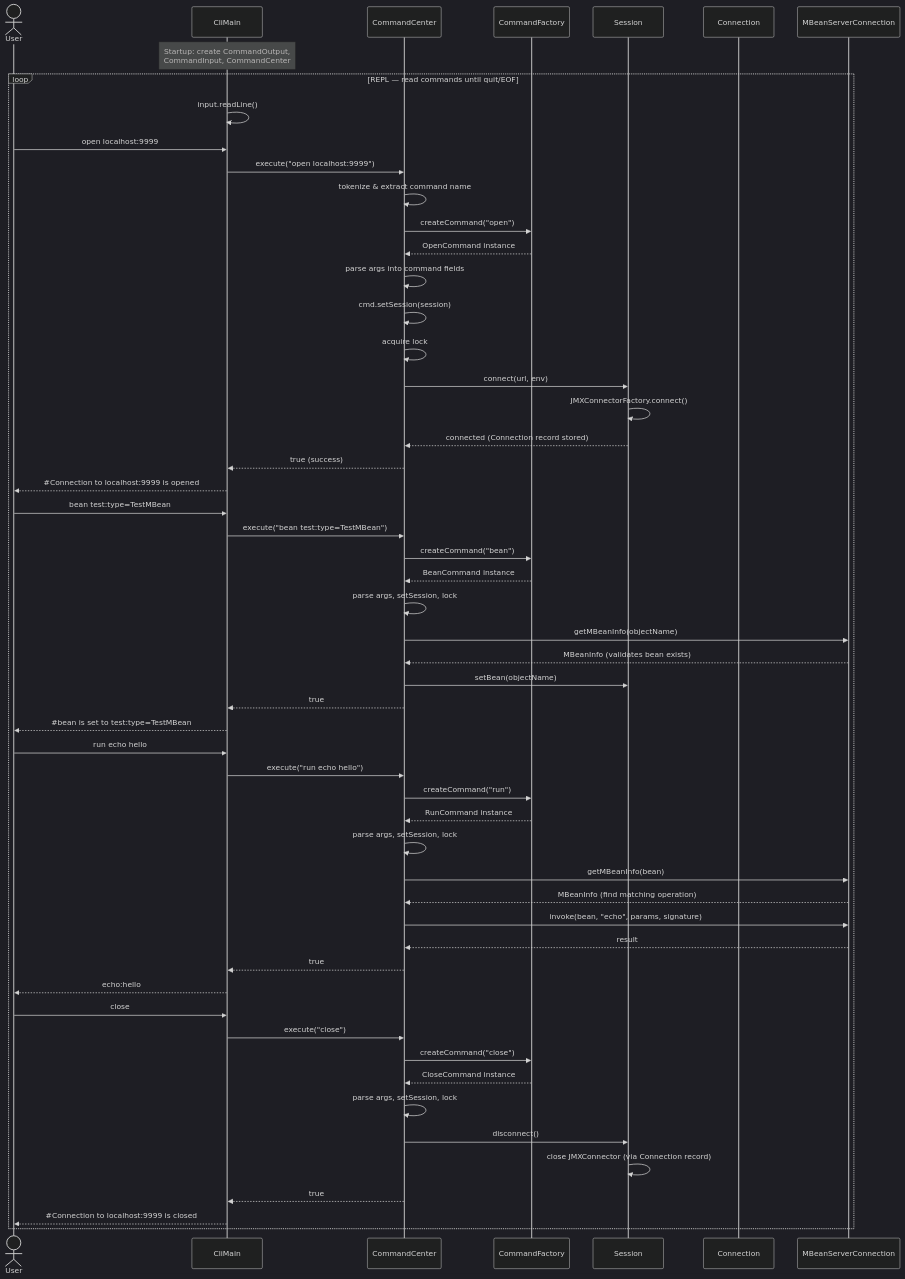
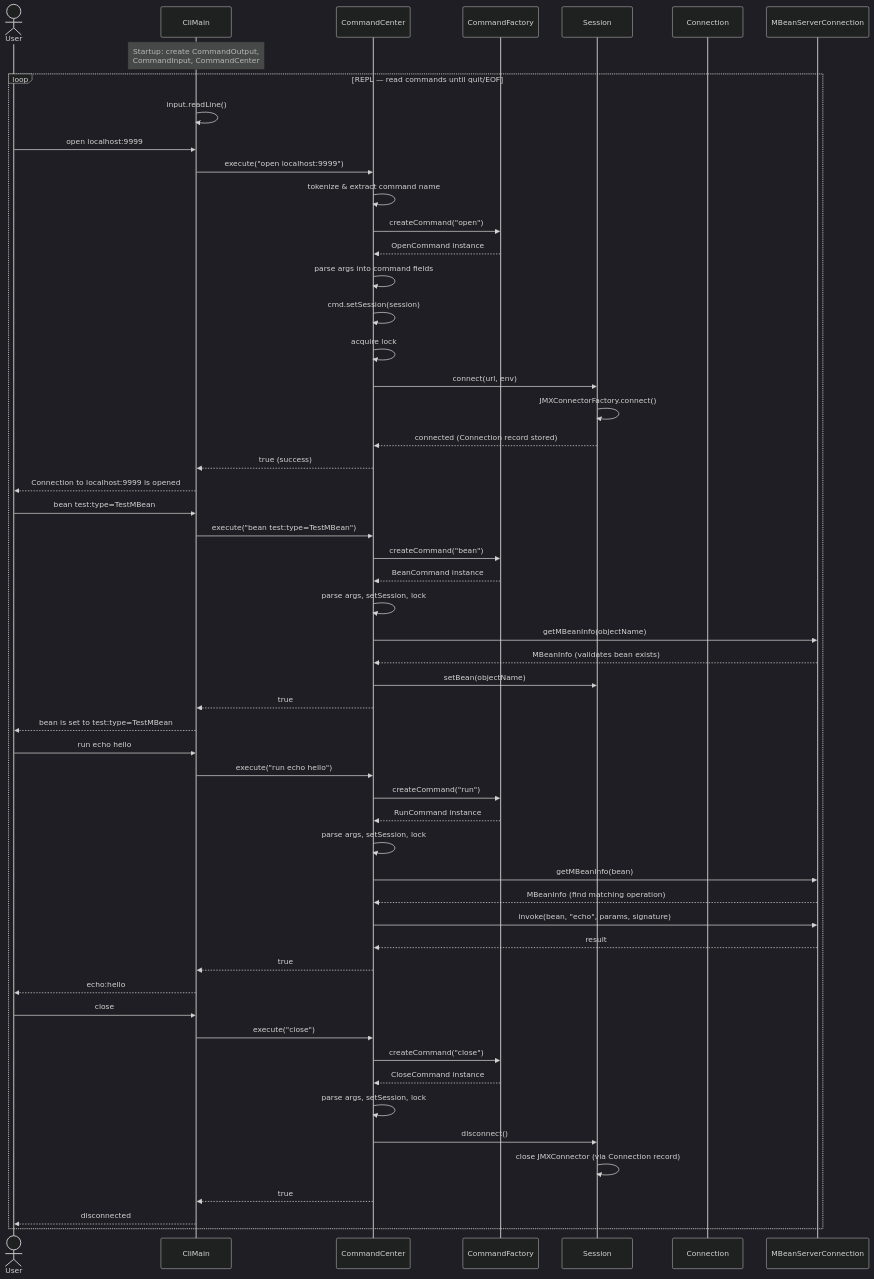
One commit to nyg/jmxsh changed the diagram in docs/dev/architecture.md. Above: the diagram before and after it, drawn with Mermaid (dark theme). The commit also changed other lines of this file and 8 other files, not shown here.

````diff
--- a/docs/dev/architecture.md
+++ b/docs/dev/architecture.md
@@ -11,63 +11,63 @@
 ```mermaid
 sequenceDiagram
     actor User
     participant CLI as CliMain
     participant CC as CommandCenter
     participant CF as CommandFactory
     participant S as Session
     participant C as Connection
     participant MBS as MBeanServerConnection
 
     Note over CLI: Startup: create CommandOutput,<br/>CommandInput, CommandCenter
 
     loop REPL — read commands until quit/EOF
         CLI->>CLI: input.readLine()
 
         User->>CLI: open localhost:9999
         CLI->>CC: execute("open localhost:9999")
         CC->>CC: tokenize & extract command name
         CC->>CF: createCommand("open")
         CF-->>CC: OpenCommand instance
         CC->>CC: parse args into command fields
         CC->>CC: cmd.setSession(session)
         CC->>CC: acquire lock
         CC->>S: connect(url, env)
         S->>S: JMXConnectorFactory.connect()
         S-->>CC: connected (Connection record stored)
         CC-->>CLI: true (success)
-        CLI-->>User: #35;Connection to localhost:9999 is opened
+        CLI-->>User: Connection to localhost:9999 is opened
 
         User->>CLI: bean test:type=TestMBean
         CLI->>CC: execute("bean test:type=TestMBean")
         CC->>CF: createCommand("bean")
         CF-->>CC: BeanCommand instance
         CC->>CC: parse args, setSession, lock
         CC->>MBS: getMBeanInfo(objectName)
         MBS-->>CC: MBeanInfo (validates bean exists)
         CC->>S: setBean(objectName)
         CC-->>CLI: true
-        CLI-->>User: #35;bean is set to test:type=TestMBean
+        CLI-->>User: bean is set to test:type=TestMBean
 
         User->>CLI: run echo hello
         CLI->>CC: execute("run echo hello")
         CC->>CF: createCommand("run")
         CF-->>CC: RunCommand instance
         CC->>CC: parse args, setSession, lock
         CC->>MBS: getMBeanInfo(bean)
         MBS-->>CC: MBeanInfo (find matching operation)
         CC->>MBS: invoke(bean, "echo", params, signature)
         MBS-->>CC: result
         CC-->>CLI: true
         CLI-->>User: echo:hello
 
         User->>CLI: close
         CLI->>CC: execute("close")
         CC->>CF: createCommand("close")
         CF-->>CC: CloseCommand instance
         CC->>CC: parse args, setSession, lock
         CC->>S: disconnect()
         S->>S: close JMXConnector (via Connection record)
         CC-->>CLI: true
-        CLI-->>User: #35;Connection to localhost:9999 is closed
+        CLI-->>User: disconnected
     end
 ```
````
